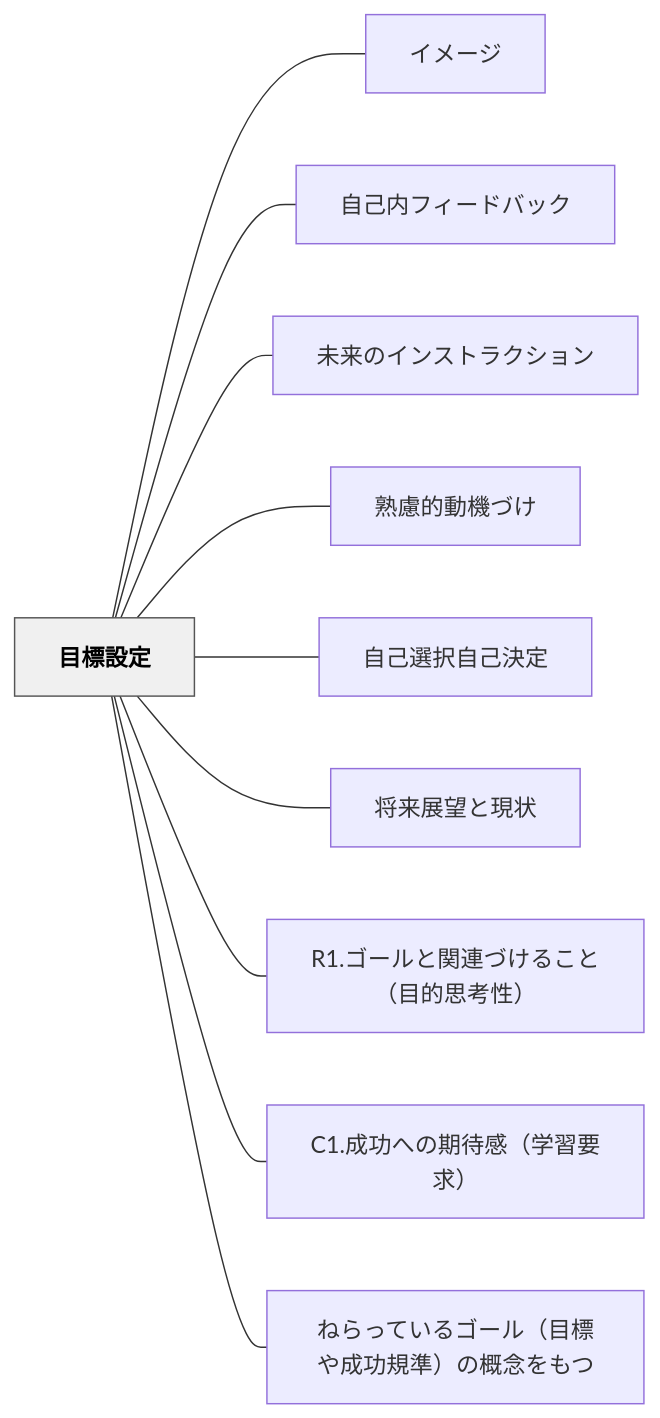
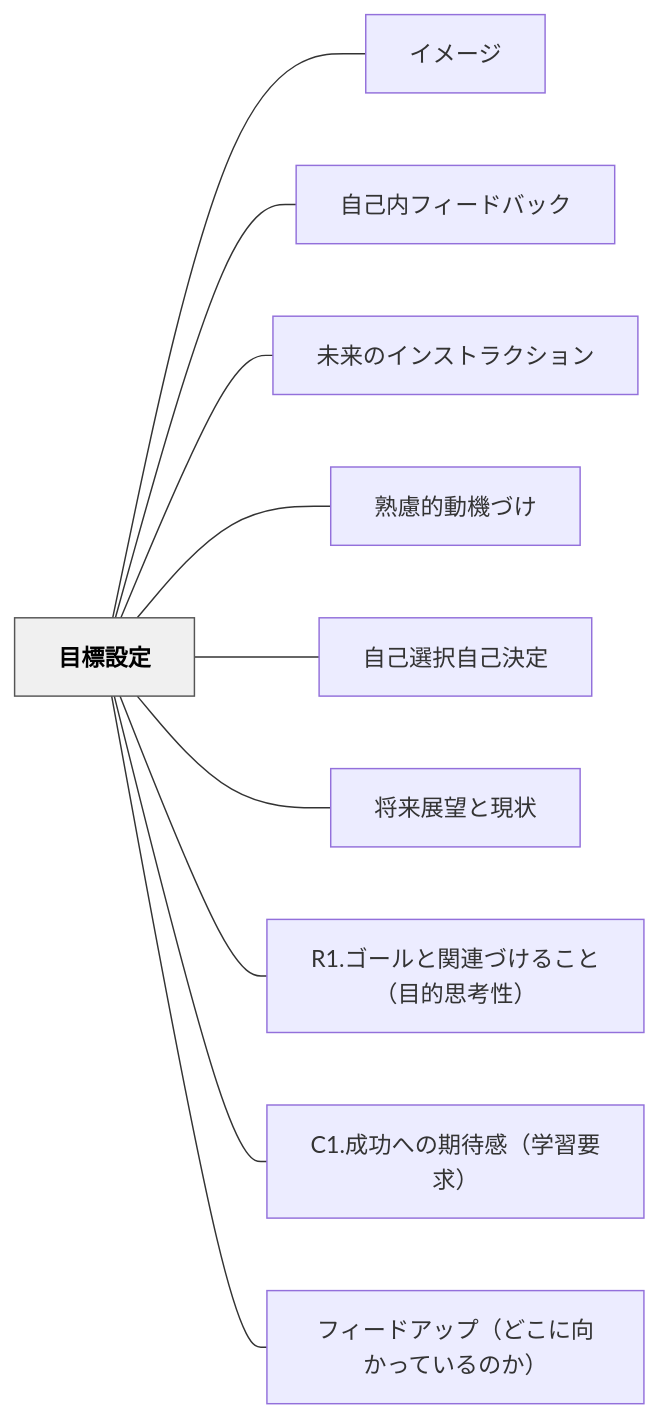
Before and after one commit to unknownthings-ed-patterns/unknownthings-ed-patterns: the diagram in content/パタン/目標設定.md, drawn with Mermaid. The commit also changed other lines of this file and 5 other files, not shown here.

````diff
--- a/content/パタン/目標設定.md
+++ b/content/パタン/目標設定.md
@@ -43,26 +43,26 @@
 ```mermaid
 flowchart LR
     ne79baee6a899e8a8ade5ae9a["目標設定"]
     ne382a4e383a1e383bce382b8["イメージ"]
     ne887aae5b7b1e58685e38395e382a3e383bce38389e38390e38383e382af["自己内フィードバック"]
     ne69caae69da5e381aee382a4e383b3e382b9e38388e383a9e382afe382b7e383a7e383b3["未来のインストラクション"]
     ne7869fe685aee79a84e58b95e6a99fe381a5e38191["熟慮的動機づけ"]
     ne887aae5b7b1e981b8e68a9ee887aae5b7b1e6b1bae5ae9a["自己選択自己決定"]
     ne5b086e69da5e5b195e69c9be381a8e78fbee78ab6["将来展望と現状"]
     n52312ee382b4e383bce383abe381a8e996a2e980a3e381a5e38191e3828be38193e381a8efbc88e79baee79a84e6809de88083e680a7efbc89["R1.ゴールと関連づけること（目的思考性）"]
     n43312ee68890e58a9fe381b8e381aee69c9fe5be85e6849fefbc88e5ada6e7bf92e8a681e6b182efbc89["C1.成功への期待感（学習要求）"]
-    ne381ade38289e381a3e381a6e38184e3828be382b4e383bce383abefbc88e79baee6a899e38284e68890e58a9fe8a68fe6ba96efbc89e381aee6a682e5bfb5e38292e38282e381a4["ねらっているゴール（目標や成功規準）の概念をもつ"]
+    ne38395e382a3e383bce38389e382a2e38383e38397efbc88e381a9e38193e381abe59091e3818be381a3e381a6e38184e3828be381aee3818befbc89["フィードアップ（どこに向かっているのか）"]
 
     ne79baee6a899e8a8ade5ae9a --- ne382a4e383a1e383bce382b8
     ne79baee6a899e8a8ade5ae9a --- ne887aae5b7b1e58685e38395e382a3e383bce38389e38390e38383e382af
     ne79baee6a899e8a8ade5ae9a --- ne69caae69da5e381aee382a4e383b3e382b9e38388e383a9e382afe382b7e383a7e383b3
     ne79baee6a899e8a8ade5ae9a --- ne7869fe685aee79a84e58b95e6a99fe381a5e38191
     ne79baee6a899e8a8ade5ae9a --- ne887aae5b7b1e981b8e68a9ee887aae5b7b1e6b1bae5ae9a
     ne79baee6a899e8a8ade5ae9a --- ne5b086e69da5e5b195e69c9be381a8e78fbee78ab6
     ne79baee6a899e8a8ade5ae9a --- n52312ee382b4e383bce383abe381a8e996a2e980a3e381a5e38191e3828be38193e381a8efbc88e79baee79a84e6809de88083e680a7efbc89
     ne79baee6a899e8a8ade5ae9a --- n43312ee68890e58a9fe381b8e381aee69c9fe5be85e6849fefbc88e5ada6e7bf92e8a681e6b182efbc89
-    ne79baee6a899e8a8ade5ae9a --- ne381ade38289e381a3e381a6e38184e3828be382b4e383bce383abefbc88e79baee6a899e38284e68890e58a9fe8a68fe6ba96efbc89e381aee6a682e5bfb5e38292e38282e381a4
+    ne79baee6a899e8a8ade5ae9a --- ne38395e382a3e383bce38389e382a2e38383e38397efbc88e381a9e38193e381abe59091e3818be381a3e381a6e38184e3828be381aee3818befbc89
 
     classDef hub fill:#f0f0f0,stroke:#555,color:#000,font-weight:bold
     class ne79baee6a899e8a8ade5ae9a hub
 ```
````
